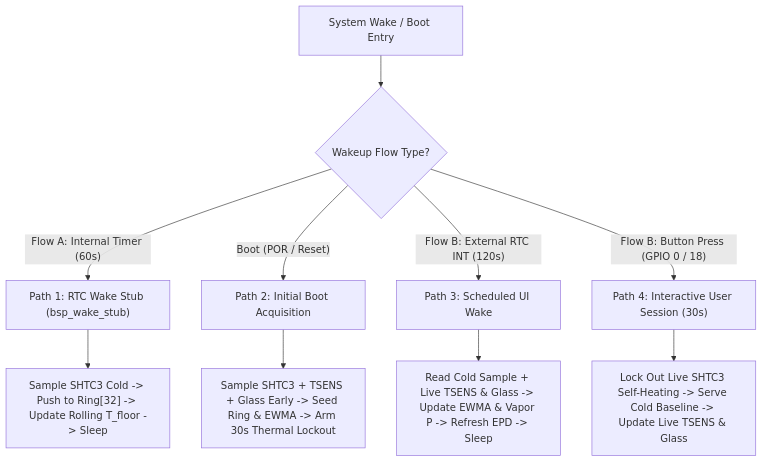
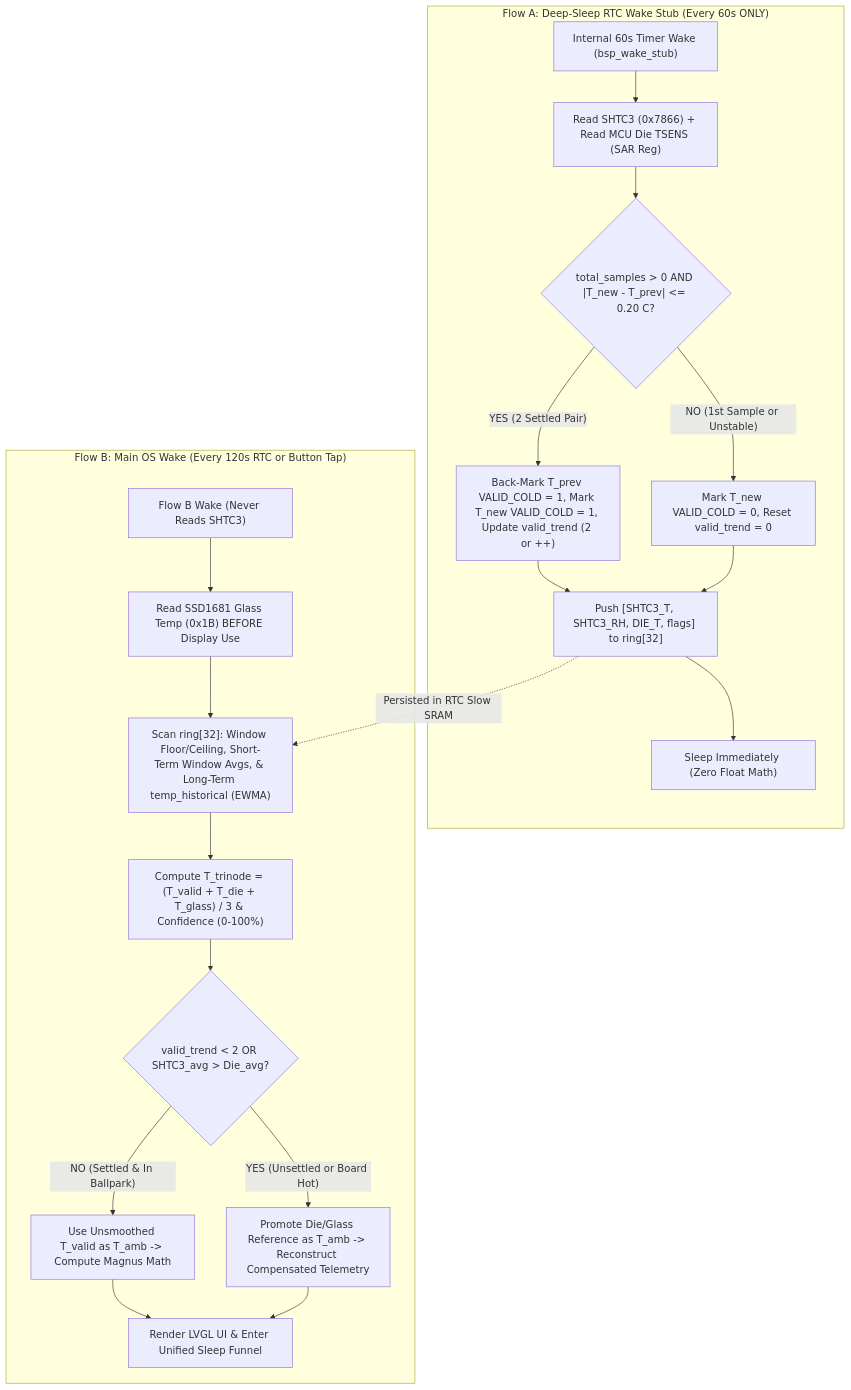
Before and after one commit to Humidyne-Labs/H1OS: the diagram in docs/architecture/12_temperature_sensor_operation.md, drawn with Mermaid. The commit also changed other lines of this file, not shown here.

Commit message:
docs(arch): finalize tri-node temperature sensor spec with three-tier temporal model and back-marking gate

````diff
--- a/docs/architecture/12_temperature_sensor_operation.md
+++ b/docs/architecture/12_temperature_sensor_operation.md
@@ -104,13 +62,34 @@
 ```mermaid
 graph TD;
-    ENTRY["System Wake / Boot Entry"] --> FLOW_ARB{"Wakeup Flow Type?"};
-    FLOW_ARB -- "Flow A: Internal Timer (60s)" --> STUB_PATH["Path 1: RTC Wake Stub (bsp_wake_stub)"];
-    FLOW_ARB -- "Boot (POR / Reset)" --> BOOT_PATH["Path 2: Initial Boot Acquisition"];
-    FLOW_ARB -- "Flow B: External RTC INT (120s)" --> RTC_PATH["Path 3: Scheduled UI Wake"];
-    FLOW_ARB -- "Flow B: Button Press (GPIO 0 / 18)" --> BTN_PATH["Path 4: Interactive User Session (30s)"];
+    subgraph Flow_A_Domain ["Flow A: Deep-Sleep RTC Wake Stub (Every 60s ONLY)"]
+        A_WAKE["Internal 60s Timer Wake (bsp_wake_stub)"];
+        A_READ["Read SHTC3 (0x7866) + Read MCU Die TSENS (SAR Reg)"];
+        A_GATE{"total_samples > 0 AND |T_new - T_prev| <= 0.20 C?"};
+        A_COLD["Back-Mark T_prev VALID_COLD = 1, Mark T_new VALID_COLD = 1, Update valid_trend (2 or ++)"];
+        A_HOT["Mark T_new VALID_COLD = 0, Reset valid_trend = 0"];
+        A_RING["Push [SHTC3_T, SHTC3_RH, DIE_T, flags] to ring[32]"];
+        A_SLP["Sleep Immediately (Zero Float Math)"];
 
-    STUB_PATH --> S1["Sample SHTC3 Cold -> Push to Ring[32] -> Update Rolling T_floor -> Sleep"];
-    BOOT_PATH --> S2["Sample SHTC3 + TSENS + Glass Early -> Seed Ring & EWMA -> Arm 30s Thermal Lockout"];
-    RTC_PATH --> S3["Read Cold Sample + Live TSENS & Glass -> Update EWMA & Vapor P -> Refresh EPD -> Sleep"];
-    BTN_PATH --> S4["Lock Out Live SHTC3 Self-Heating -> Serve Cold Baseline -> Update Live TSENS & Glass"];
+        A_WAKE --> A_READ --> A_GATE;
+        A_GATE -- "YES (2 Settled Pair)" --> A_COLD --> A_RING;
+        A_GATE -- "NO (1st Sample or Unstable)" --> A_HOT --> A_RING;
+        A_RING --> A_SLP;
+    end;
+
+    subgraph Flow_B_Domain ["Flow B: Main OS Wake (Every 120s RTC or Button Tap)"]
+        B_WAKE["Flow B Wake (Never Reads SHTC3)"];
+        B_GLASS["Read SSD1681 Glass Temp (0x1B) BEFORE Display Use"];
+        B_SCAN["Scan ring[32]: Window Floor/Ceiling, Short-Term Window Avgs, & Long-Term temp_historical (EWMA)"];
+        B_CONF["Compute T_trinode = (T_valid + T_die + T_glass) / 3 & Confidence (0-100%)"];
+        B_CHK{"valid_trend < 2 OR SHTC3_avg > Die_avg?"};
+        B_NORM["Use Unsmoothed T_valid as T_amb -> Compute Magnus Math"];
+        B_PROMOTE["Promote Die/Glass Reference as T_amb -> Reconstruct Compensated Telemetry"];
+        B_UI["Render LVGL UI & Enter Unified Sleep Funnel"];
+
+        B_WAKE --> B_GLASS --> B_SCAN --> B_CONF --> B_CHK;
+        B_CHK -- "NO (Settled & In Ballpark)" --> B_NORM --> B_UI;
+        B_CHK -- "YES (Unsettled or Board Hot)" --> B_PROMOTE --> B_UI;
+    end;
+
+    A_RING -. "Persisted in RTC Slow SRAM" .-> B_SCAN;
 ```
````
